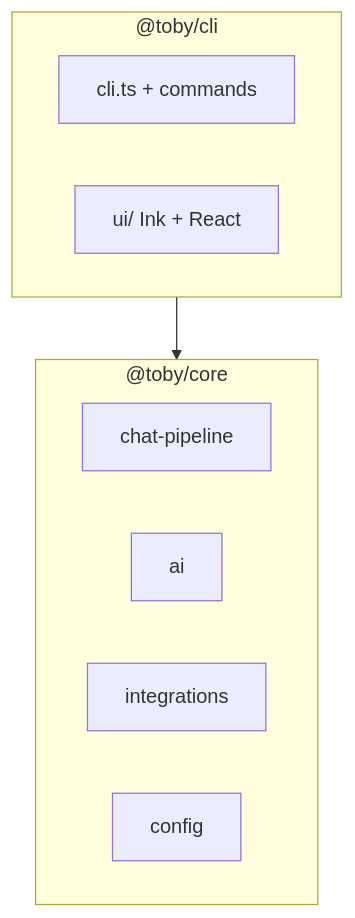
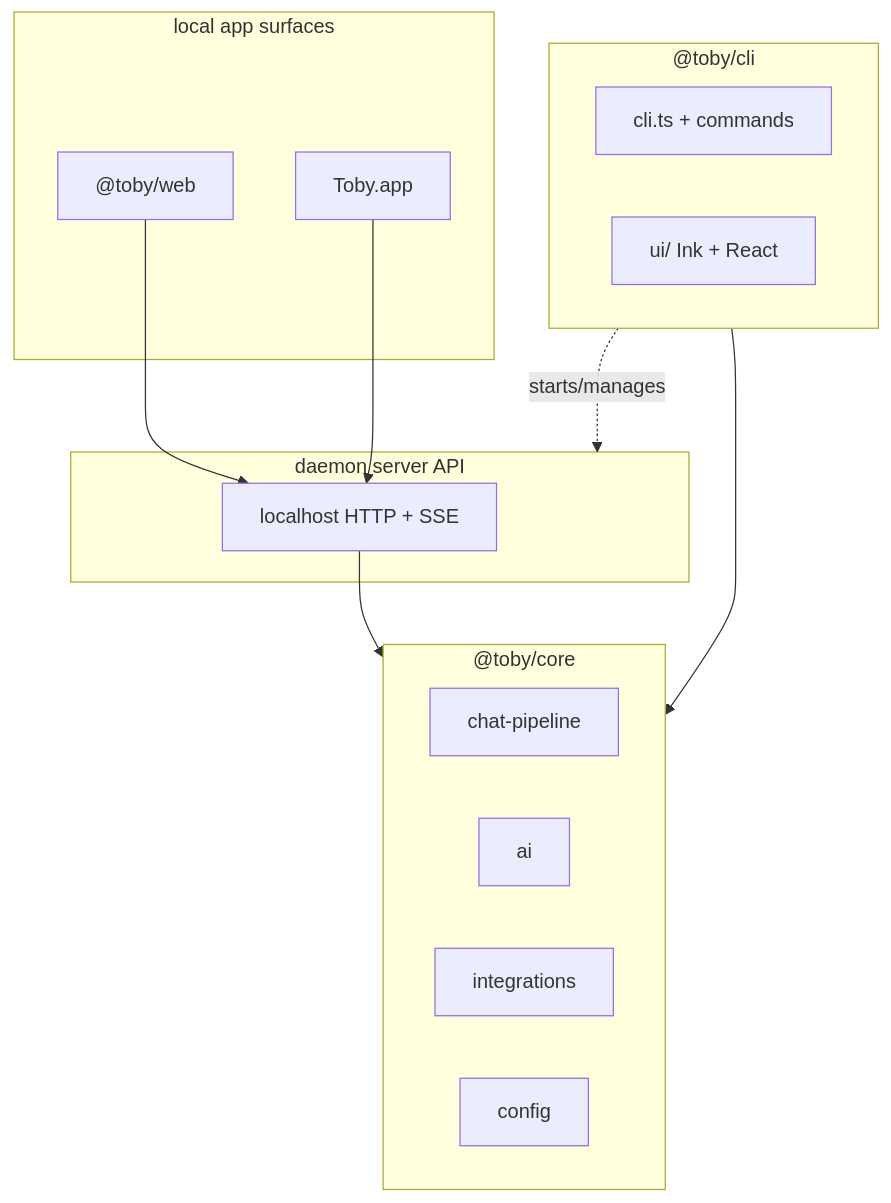
One commit to kshehadeh/toby changed the diagram in docs/architecture.md. Above: the diagram before and after it, drawn with Mermaid. The commit also changed other lines of this file and 8 other files, not shown here.

Commit message:
fix(docs): document daemon-backed local app surfaces

````diff
--- a/docs/architecture.md
+++ b/docs/architecture.md
@@ -17,14 +19,25 @@
 ```mermaid
 flowchart TB
   subgraph core ["@toby/core"]
     pipe[chat-pipeline]
     ai[ai]
     integ[integrations]
     cfg[config]
   end
   subgraph cli ["@toby/cli"]
     entry[cli.ts + commands]
     ui[ui/ Ink + React]
   end
+  subgraph daemon ["daemon server API"]
+    api[localhost HTTP + SSE]
+  end
+  subgraph surfaces ["local app surfaces"]
+    web["@toby/web"]
+    app["Toby.app"]
+  end
   cli --> core
+  cli -. starts/manages .-> daemon
+  web --> api
+  app --> api
+  api --> core
 ```
````
